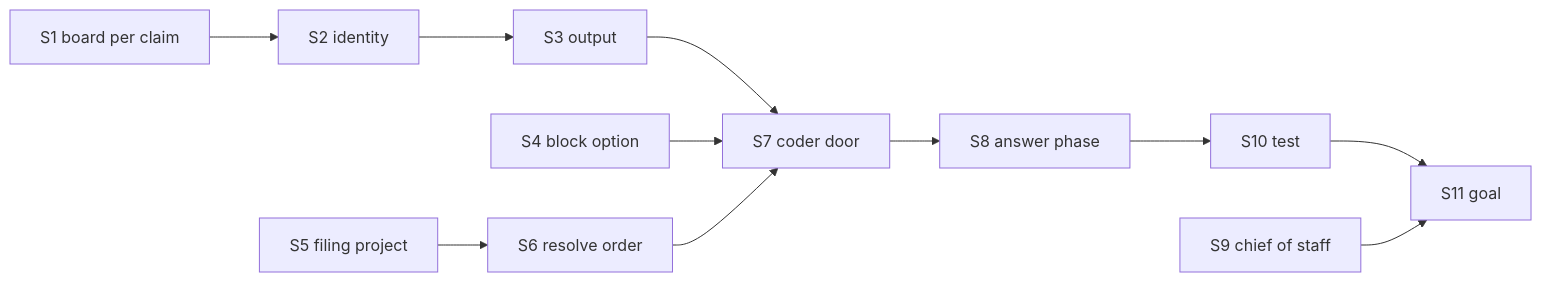
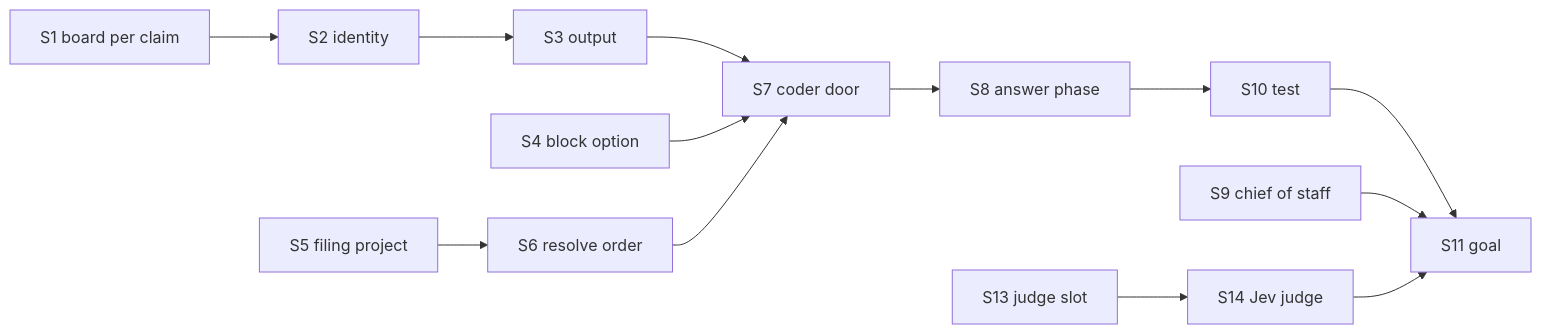
Before and after one commit to fixpoint-labs/flow-state-dev: the diagram in specs/issues/FIX-1866/PLAN.md, drawn with Mermaid. The commit also changed other lines of this file and 5 other files, not shown here.

````diff
--- a/specs/issues/FIX-1866/PLAN.md
+++ b/specs/issues/FIX-1866/PLAN.md
@@ -37,8 +39,9 @@
 ```mermaid
 flowchart LR
   S1["S1 board per claim"] --> S2["S2 identity"] --> S3["S3 output"] --> S7["S7 coder door"]
   S4["S4 block option"] --> S7
   S5["S5 filing project"] --> S6["S6 resolve order"] --> S7
   S7 --> S8["S8 answer phase"] --> S10["S10 test"] --> S11["S11 goal"]
   S9["S9 chief of staff"] --> S11
+  S13["S13 judge slot"] --> S14["S14 Jev judge"] --> S11
 ```
````
